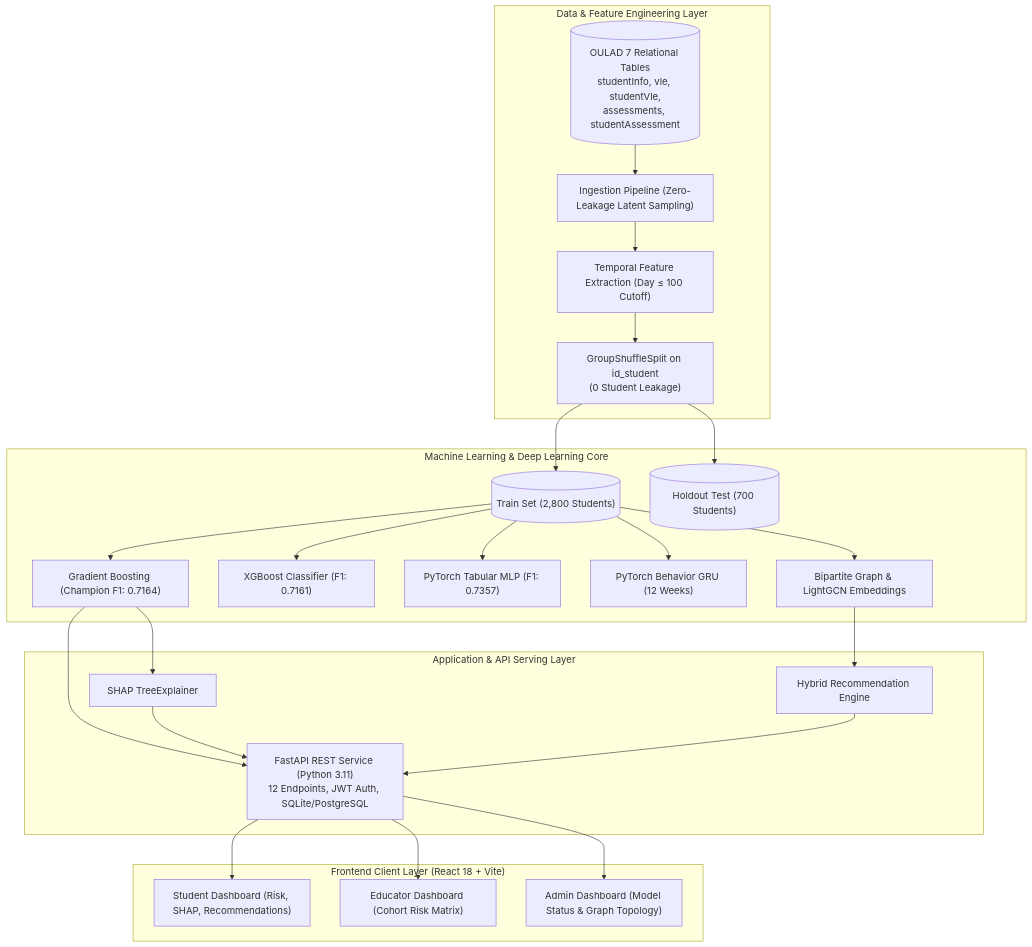
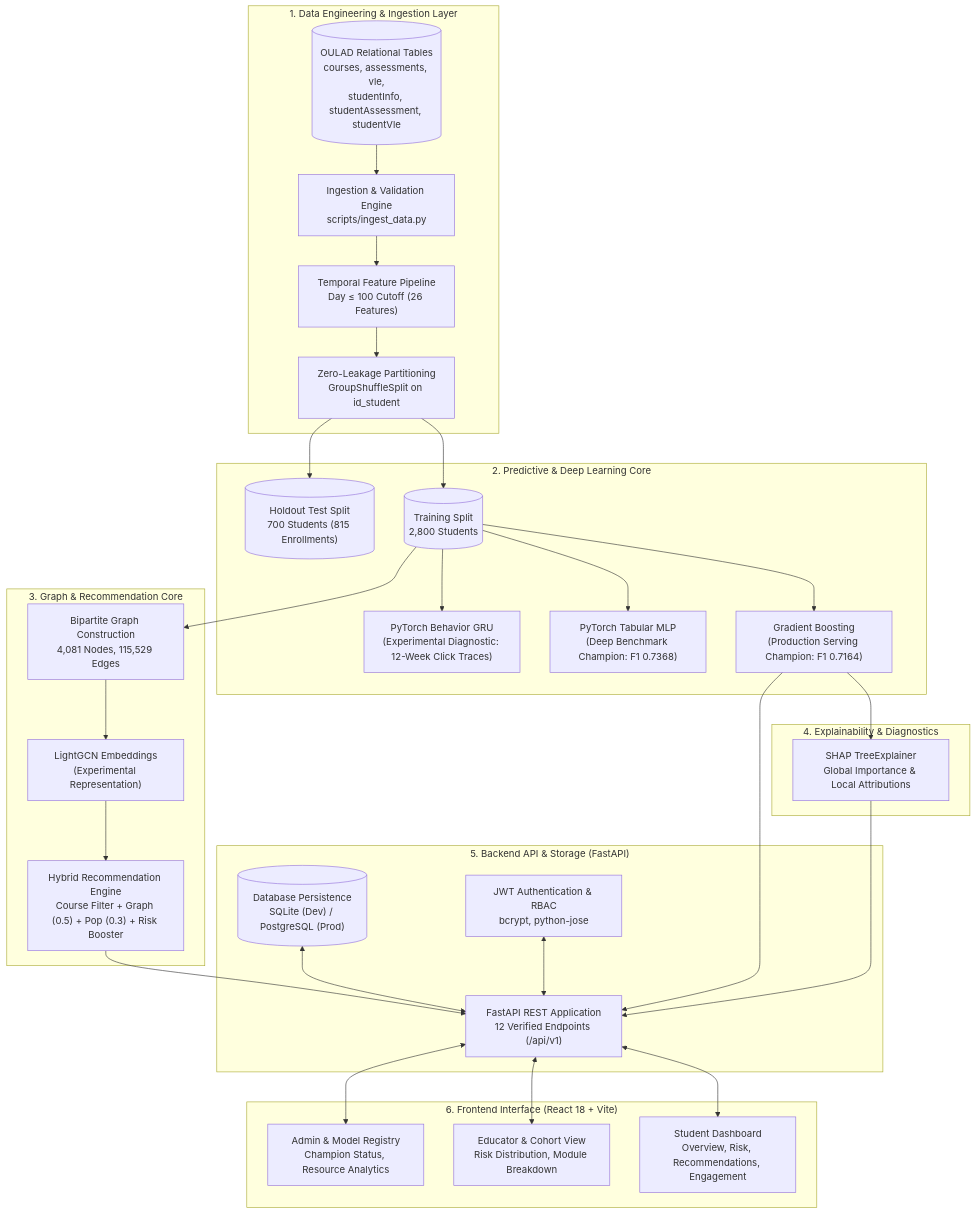
The diagram in README.md (rohitam26/adaptive-learning-predictive-intelligence), drawn with Mermaid before and after one commit. The commit also changed other lines of this file, not shown here.

````diff
--- a/README.md
+++ b/README.md
@@ -73,51 +85,64 @@
 ```mermaid
 flowchart TD
-    subgraph Data_Layer ["Data & Feature Engineering Layer"]
-        OULAD[("OULAD 7 Relational Tables<br/>studentInfo, vle, studentVle,<br/>assessments, studentAssessment")]
-        INGEST["Ingestion Pipeline (Zero-Leakage Latent Sampling)"]
-        FEAT["Temporal Feature Extraction (Day &le; 100 Cutoff)"]
-        SPLIT["GroupShuffleSplit on id_student<br/>(0 Student Leakage)"]
-        OULAD --> INGEST --> FEAT --> SPLIT
+    subgraph Data_Layer ["1. Data Engineering & Ingestion Layer"]
+        RAW[("OULAD Relational Tables<br/>courses, assessments, vle,<br/>studentInfo, studentAssessment, studentVle")]
+        INGEST["Ingestion & Validation Engine<br/>scripts/ingest_data.py"]
+        RAW --> INGEST
+        FEAT["Temporal Feature Pipeline<br/>Day &le; 100 Cutoff (26 Features)"]
+        INGEST --> FEAT
+        SPLIT["Zero-Leakage Partitioning<br/>GroupShuffleSplit on id_student"]
+        FEAT --> SPLIT
     end
 
-    subgraph ML_Layer ["Machine Learning & Deep Learning Core"]
-        TRAIN_DATA[("Train Set (2,800 Students)")]
-        TEST_DATA[("Holdout Test (700 Students)")]
-        SPLIT --> TRAIN_DATA
-        SPLIT --> TEST_DATA
+    subgraph Modeling_Layer ["2. Predictive & Deep Learning Core"]
+        TRAIN_SET[("Training Split<br/>2,800 Students")]
+        TEST_SET[("Holdout Test Split<br/>700 Students (815 Enrollments)")]
+        SPLIT --> TRAIN_SET
+        SPLIT --> TEST_SET
 
-        GB["Gradient Boosting (Champion F1: 0.7164)"]
-        XGB["XGBoost Classifier (F1: 0.7161)"]
-        MLP["PyTorch Tabular MLP (F1: 0.7357)"]
-        GRU["PyTorch Behavior GRU (12 Weeks)"]
-        GRAPH["Bipartite Graph & LightGCN Embeddings"]
-
-        TRAIN_DATA --> GB
-        TRAIN_DATA --> XGB
-        TRAIN_DATA --> MLP
-        TRAIN_DATA --> GRU
-        TRAIN_DATA --> GRAPH
+        GB["Gradient Boosting<br/>(Production Serving Champion: F1 0.7164)"]
+        MLP["PyTorch Tabular MLP<br/>(Deep Benchmark Champion: F1 0.7368)"]
+        GRU["PyTorch Behavior GRU<br/>(Experimental Diagnostic: 12-Week Click Traces)"]
+        
+        TRAIN_SET --> GB
+        TRAIN_SET --> MLP
+        TRAIN_SET --> GRU
     end
 
-    subgraph Serving_Layer ["Application & API Serving Layer"]
-        SHAP["SHAP TreeExplainer"]
-        GB --> SHAP
-        HYBRID["Hybrid Recommendation Engine"]
-        GRAPH --> HYBRID
-
-        FASTAPI["FastAPI REST Service (Python 3.11)<br/>12 Endpoints, JWT Auth, SQLite/PostgreSQL"]
-        GB --> FASTAPI
-        SHAP --> FASTAPI
-        HYBRID --> FASTAPI
+    subgraph Recommendation_Layer ["3. Graph & Recommendation Core"]
+        GRAPH["Bipartite Graph Construction<br/>4,081 Nodes, 115,529 Edges"]
+        LIGHTGCN["LightGCN Embeddings<br/>(Experimental Representation)"]
+        HYBRID["Hybrid Recommendation Engine<br/>Course Filter + Graph (0.5) + Pop (0.3) + Risk Booster"]
+        
+        TRAIN_SET --> GRAPH
+        GRAPH --> LIGHTGCN
+        LIGHTGCN --> HYBRID
     end
 
-    subgraph Client_Layer ["Frontend Client Layer (React 18 + Vite)"]
-        STUDENT["Student Dashboard (Risk, SHAP, Recommendations)"]
-        EDUCATOR["Educator Dashboard (Cohort Risk Matrix)"]
-        ADMIN["Admin Dashboard (Model Status & Graph Topology)"]
+    subgraph Explainability_Layer ["4. Explainability & Diagnostics"]
+        SHAP["SHAP TreeExplainer<br/>Global Importance & Local Attributions"]
+        GB --> SHAP
+    end
 
-        FASTAPI --> STUDENT
-        FASTAPI --> EDUCATOR
-        FASTAPI --> ADMIN
+    subgraph Service_Layer ["5. Backend API & Storage (FastAPI)"]
+        DB[("Database Persistence<br/>SQLite (Dev) / PostgreSQL (Prod)")]
+        AUTH["JWT Authentication & RBAC<br/>bcrypt, python-jose"]
+        API["FastAPI REST Application<br/>12 Verified Endpoints (/api/v1)"]
+
+        GB --> API
+        HYBRID --> API
+        SHAP --> API
+        DB <--> API
+        AUTH <--> API
+    end
+
+    subgraph Presentation_Layer ["6. Frontend Interface (React 18 + Vite)"]
+        UI_STUDENT["Student Dashboard<br/>Overview, Risk, Recommendations, Engagement"]
+        UI_EDUCATOR["Educator & Cohort View<br/>Risk Distribution, Module Breakdown"]
+        UI_ADMIN["Admin & Model Registry<br/>Champion Status, Resource Analytics"]
+
+        API <--> UI_STUDENT
+        API <--> UI_EDUCATOR
+        API <--> UI_ADMIN
     end
 ```
````
